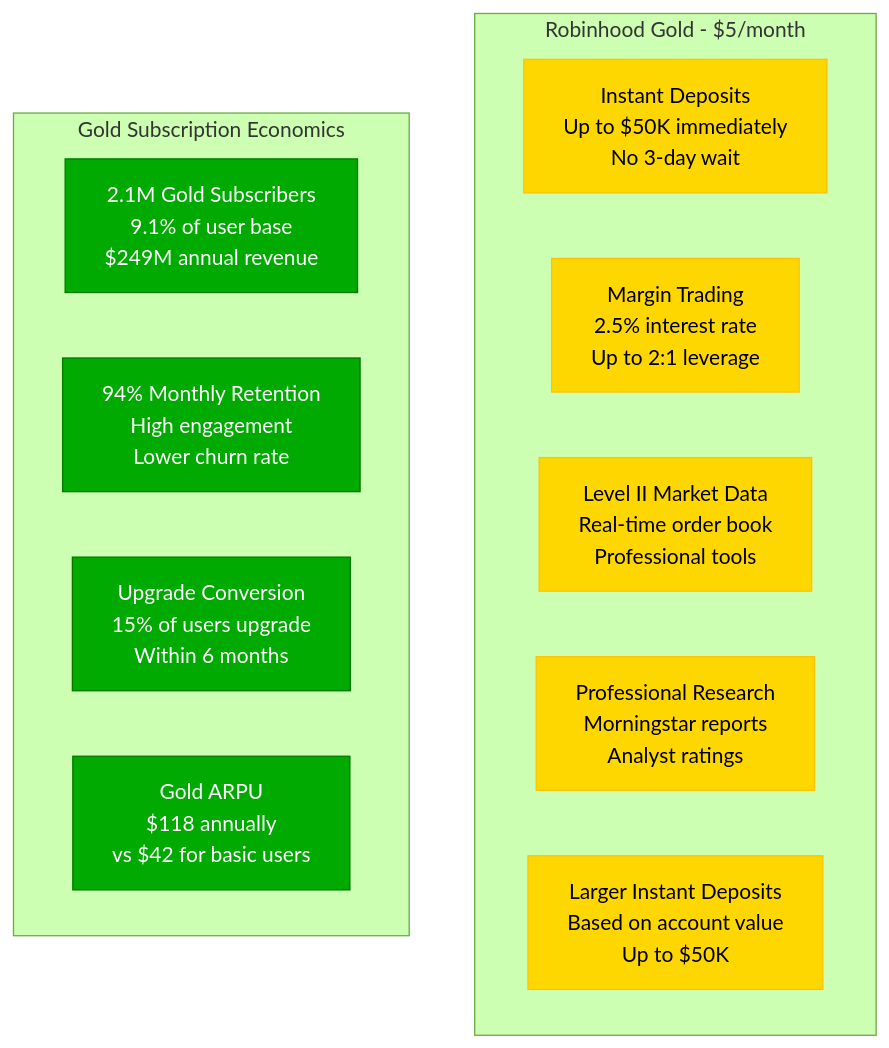
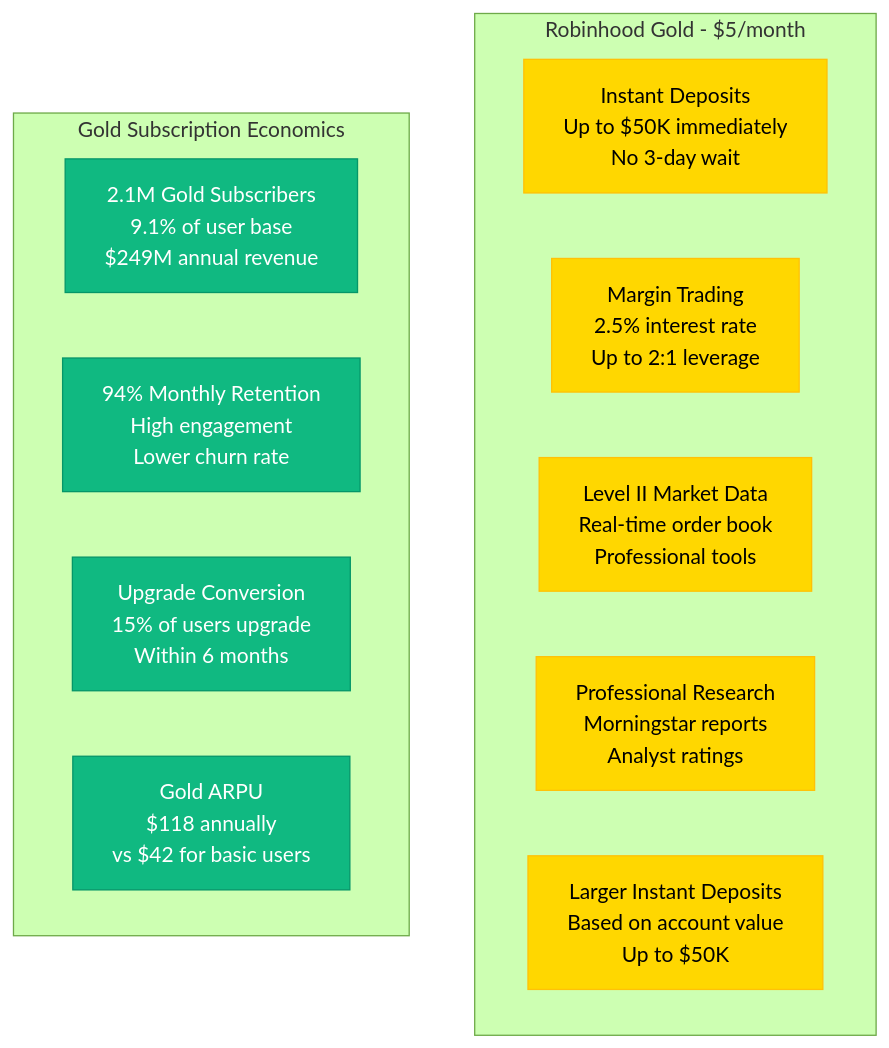
One commit to deepaucksharma/DS changed the seventh of 11 diagrams in site/docs/systems/robinhood/07-novel-solutions.md. Above: the diagram before and after it, drawn with Mermaid (forest theme). The commit also changed other lines of this file and 187 other files, not shown here.

````diff
--- a/site/docs/systems/robinhood/07-novel-solutions.md
+++ b/site/docs/systems/robinhood/07-novel-solutions.md
@@ -278,23 +278,23 @@
 ```mermaid
 graph TB
     subgraph GoldFeatures[Robinhood Gold - $5/month]
         INSTANT_DEPOSIT[Instant Deposits<br/>Up to $50K immediately<br/>No 3-day wait]
         MARGIN_TRADING[Margin Trading<br/>2.5% interest rate<br/>Up to 2:1 leverage]
         LEVEL_2_DATA[Level II Market Data<br/>Real-time order book<br/>Professional tools]
         RESEARCH[Professional Research<br/>Morningstar reports<br/>Analyst ratings]
         LARGER_DEPOSITS[Larger Instant Deposits<br/>Based on account value<br/>Up to $50K]
     end
 
     subgraph GoldEconomics[Gold Subscription Economics]
         SUBSCRIBERS[2.1M Gold Subscribers<br/>9.1% of user base<br/>$249M annual revenue]
         RETENTION[94% Monthly Retention<br/>High engagement<br/>Lower churn rate]
         UPGRADE_PATH[Upgrade Conversion<br/>15% of users upgrade<br/>Within 6 months]
         ARPU[Gold ARPU<br/>$118 annually<br/>vs $42 for basic users]
     end
 
     classDef goldStyle fill:#FFD700,stroke:#FFC107,color:#000
-    classDef economicsStyle fill:#00AA00,stroke:#007700,color:#fff
+    classDef economicsStyle fill:#10B981,stroke:#059669,color:#fff
 
     class INSTANT_DEPOSIT,MARGIN_TRADING,LEVEL_2_DATA,RESEARCH,LARGER_DEPOSITS goldStyle
     class SUBSCRIBERS,RETENTION,UPGRADE_PATH,ARPU economicsStyle
 ```
````
